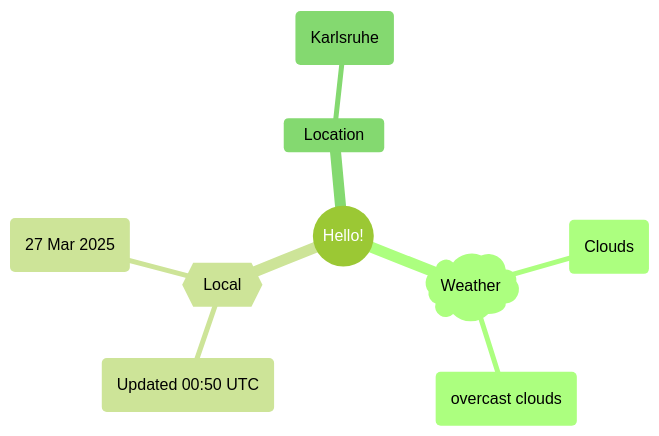
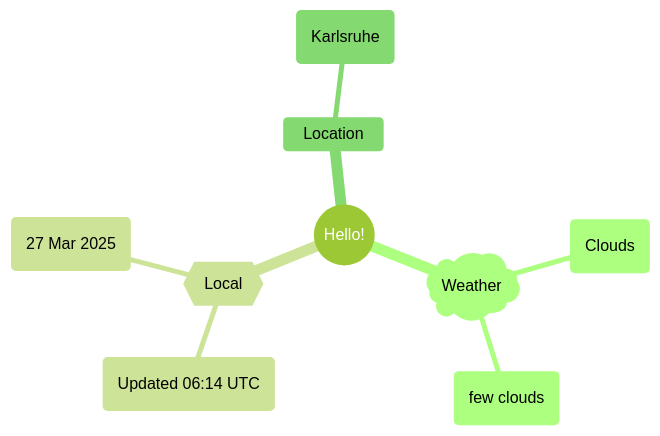
Before and after one commit to Xosrov/Xosrov: the first of 2 diagrams in README.md, drawn with Mermaid (forest theme).

Commit message:
[bot] updated images

````diff
--- a/README.md
+++ b/README.md
@@ -3,12 +3,12 @@
 ```mermaid
 mindmap
   root((Hello!))
     )Weather(
         (Clouds)
-        (overcast clouds)
+        (few clouds)
     {{Local}}
-        (Updated 00:50 UTC)
+        (Updated 06:14 UTC)
         (27 Mar 2025)
     Location
         (Karlsruhe)
 ```
````
